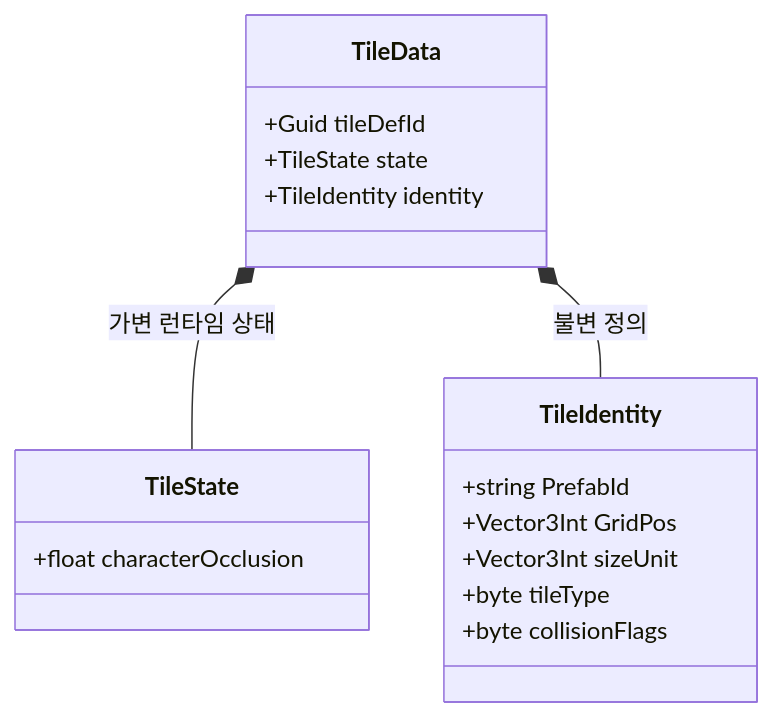
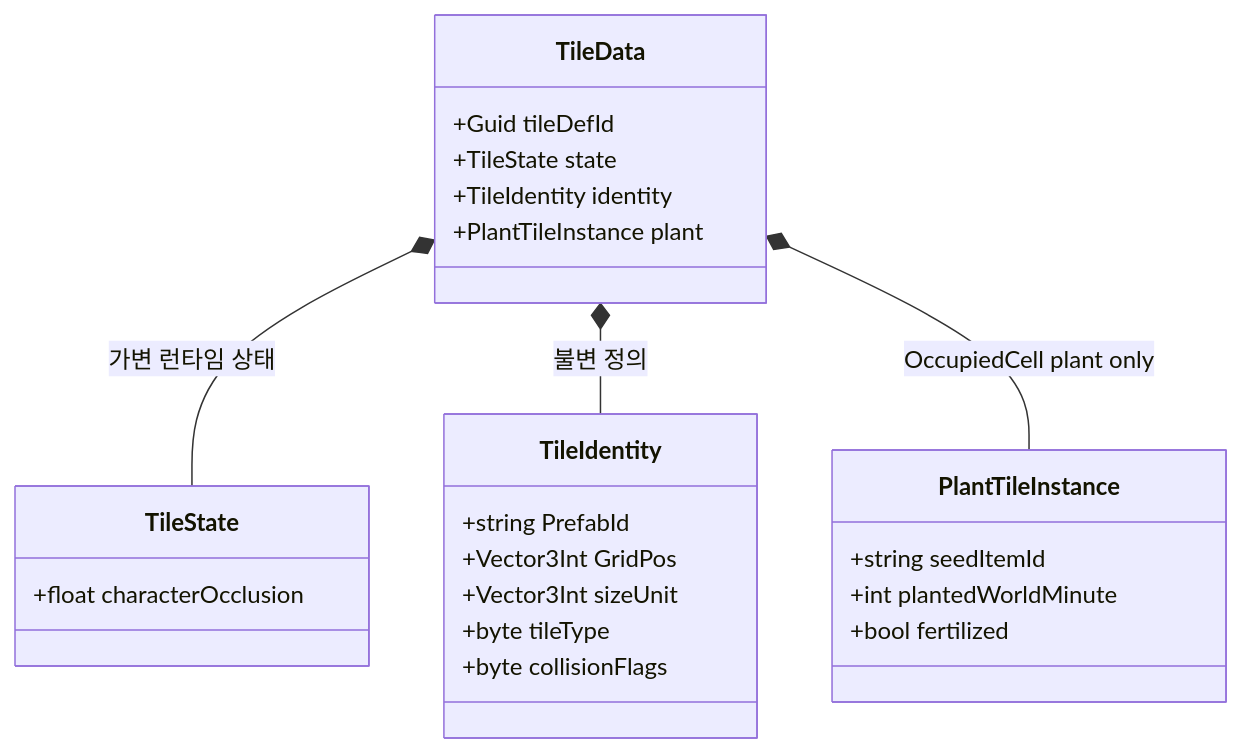
One commit to garunnir/Project_Pictureless changed the diagram in docs/map/DATA.md. Above: the diagram before and after it, drawn with Mermaid. The commit also changed other lines of this file and 199 other files, not shown here.

````diff
--- a/docs/map/DATA.md
+++ b/docs/map/DATA.md
@@ -47,21 +47,28 @@
 ```mermaid
 classDiagram
     class TileData {
         +Guid tileDefId
         +TileState state
         +TileIdentity identity
+        +PlantTileInstance plant
+    }
+    class PlantTileInstance {
+        +string seedItemId
+        +int plantedWorldMinute
+        +bool fertilized
     }
     class TileState {
         +float characterOcclusion
     }
     class TileIdentity {
         +string PrefabId
         +Vector3Int GridPos
         +Vector3Int sizeUnit
         +byte tileType
         +byte collisionFlags
     }
 
     TileData *-- TileState : 가변 런타임 상태
     TileData *-- TileIdentity : 불변 정의
+    TileData *-- PlantTileInstance : OccupiedCell plant only
 ```
````
